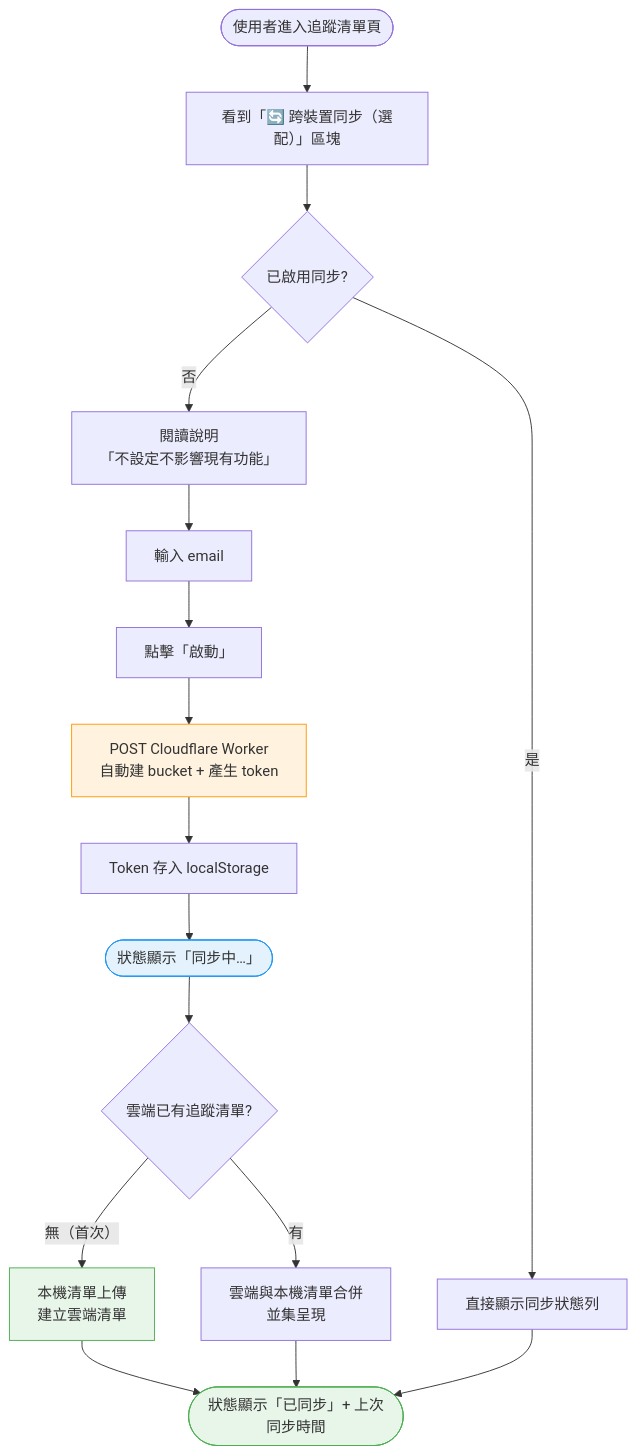
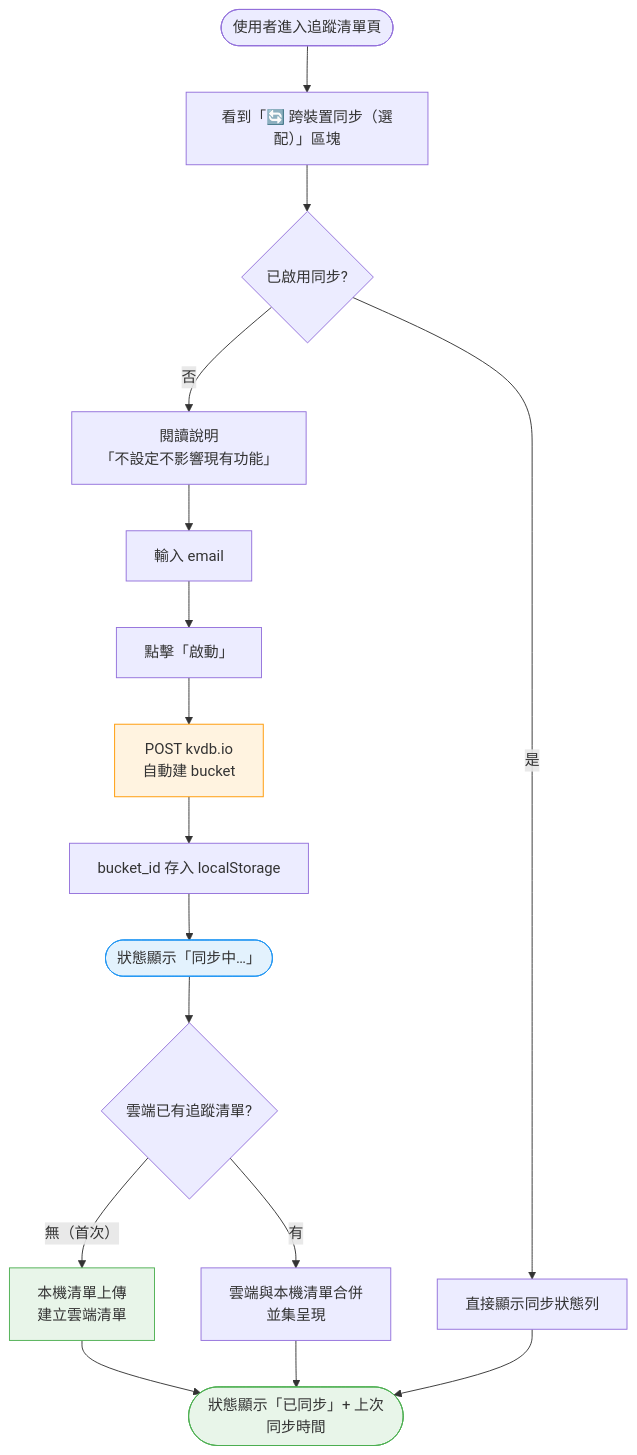
The first of 4 diagrams in docs/interaction-flows/phases/phase-9-跨裝置追蹤清單同步.md (YuHaoLiaoSideProject/StockPayDay), drawn with Mermaid before and after one commit. The commit also changed other lines of this file and 14 other files, not shown here.

````diff
--- a/docs/interaction-flows/phases/phase-9-跨裝置追蹤清單同步.md
+++ b/docs/interaction-flows/phases/phase-9-跨裝置追蹤清單同步.md
@@ -75,23 +75,23 @@
 ```mermaid
 flowchart TD
     Start([使用者進入追蹤清單頁]) --> Section[看到「🔄 跨裝置同步（選配）」區塊]
     Section --> Paired{已啟用同步?}
     Paired -->|否| Explain[閱讀說明<br/>「不設定不影響現有功能」]
     Explain --> EnterEmail[輸入 email]
     EnterEmail --> ClickStart[點擊「啟動」]
-    ClickStart --> Worker[POST Cloudflare Worker<br/>自動建 bucket + 產生 token]
-    Worker --> Store[Token 存入 localStorage]
+    ClickStart --> Kvdb[POST kvdb.io<br/>自動建 bucket]
+    Kvdb --> Store[bucket_id 存入 localStorage]
     Store --> Syncing([狀態顯示「同步中…」])
     Syncing --> Remote{雲端已有追蹤清單?}
     Remote -->|無（首次）| Upload[本機清單上傳<br/>建立雲端清單]
     Remote -->|有| Merge[雲端與本機清單合併<br/>並集呈現]
     Upload --> Synced([狀態顯示「已同步」+ 上次同步時間])
     Merge --> Synced
     Paired -->|是| StatusBar[直接顯示同步狀態列]
     StatusBar --> Synced
 
     style Syncing fill:#e3f2fd,stroke:#2196f3
     style Synced fill:#e8f5e9,stroke:#4caf50
     style Upload fill:#e8f5e9,stroke:#4caf50
-    style Worker fill:#fff3e0,stroke:#ff9800
+    style Kvdb fill:#fff3e0,stroke:#ff9800
 ```
````
